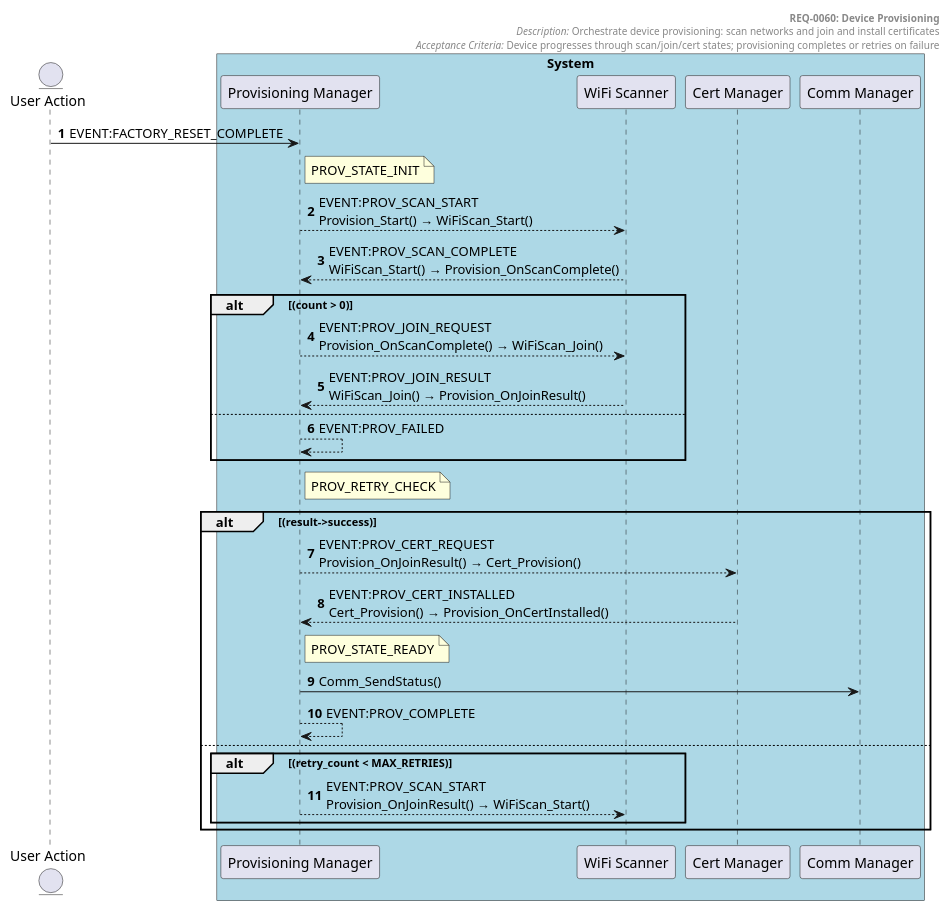
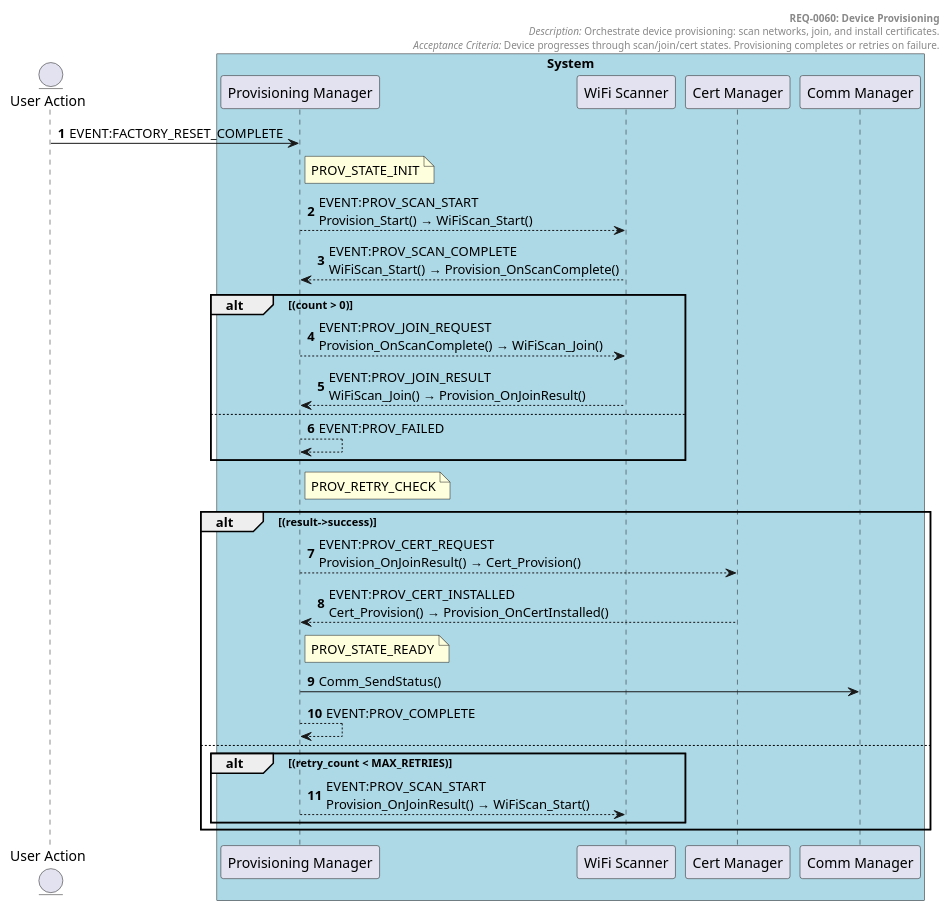
Before and after one commit to tvanfossen/doxygen-guard-example: the diagram in docs/generated/sequences/REQ-0060.puml, drawn with PlantUML. The commit also changed 19 other files, not shown here.

```diff
--- a/docs/generated/sequences/REQ-0060.puml
+++ b/docs/generated/sequences/REQ-0060.puml
@@ -1,43 +1,43 @@
 @startuml REQ-0060 Device Provisioning
 autonumber
 
 entity "User Action" as User_Action
 
 box "System" #LightBlue
   participant "Provisioning Manager" as Provisioning_Manager
   participant "WiFi Scanner" as WiFi_Scanner
   participant "Cert Manager" as Cert_Manager
   participant "Comm Manager" as Comm_Manager
 end box
 
 header
   **REQ-0060: Device Provisioning**
-  //Description:// Orchestrate device provisioning: scan networks and join and install certificates
-  //Acceptance Criteria:// Device progresses through scan/join/cert states; provisioning completes or retries on failure
+  //Description:// Orchestrate device provisioning: scan networks, join, and install certificates.
+  //Acceptance Criteria:// Device progresses through scan/join/cert states. Provisioning completes or retries on failure.
 end header
 
 
 User_Action -> Provisioning_Manager: EVENT:FACTORY_RESET_COMPLETE
 note right of Provisioning_Manager: PROV_STATE_INIT
 Provisioning_Manager --> WiFi_Scanner: EVENT:PROV_SCAN_START\nProvision_Start() → WiFiScan_Start()
 WiFi_Scanner --> Provisioning_Manager: EVENT:PROV_SCAN_COMPLETE\nWiFiScan_Start() → Provision_OnScanComplete()
 alt (count > 0)
 Provisioning_Manager --> WiFi_Scanner: EVENT:PROV_JOIN_REQUEST\nProvision_OnScanComplete() → WiFiScan_Join()
 WiFi_Scanner --> Provisioning_Manager: EVENT:PROV_JOIN_RESULT\nWiFiScan_Join() → Provision_OnJoinResult()
 else
 Provisioning_Manager --> Provisioning_Manager: EVENT:PROV_FAILED
 end alt
 note right of Provisioning_Manager: PROV_RETRY_CHECK
 alt (result->success)
 Provisioning_Manager --> Cert_Manager: EVENT:PROV_CERT_REQUEST\nProvision_OnJoinResult() → Cert_Provision()
 Cert_Manager --> Provisioning_Manager: EVENT:PROV_CERT_INSTALLED\nCert_Provision() → Provision_OnCertInstalled()
 note right of Provisioning_Manager: PROV_STATE_READY
 Provisioning_Manager -> Comm_Manager: Comm_SendStatus()
 Provisioning_Manager --> Provisioning_Manager: EVENT:PROV_COMPLETE
 else
 alt (retry_count < MAX_RETRIES)
 Provisioning_Manager --> WiFi_Scanner: EVENT:PROV_SCAN_START\nProvision_OnJoinResult() → WiFiScan_Start()
 end alt
 end alt
 
 @enduml
```
